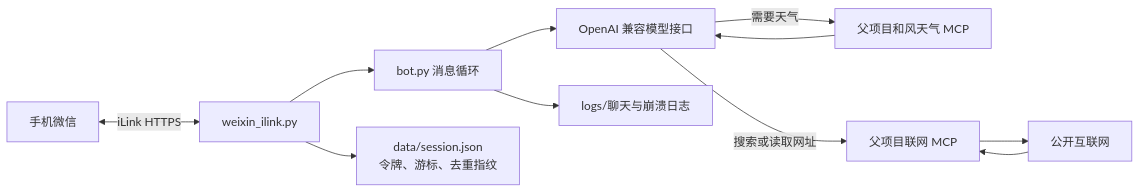
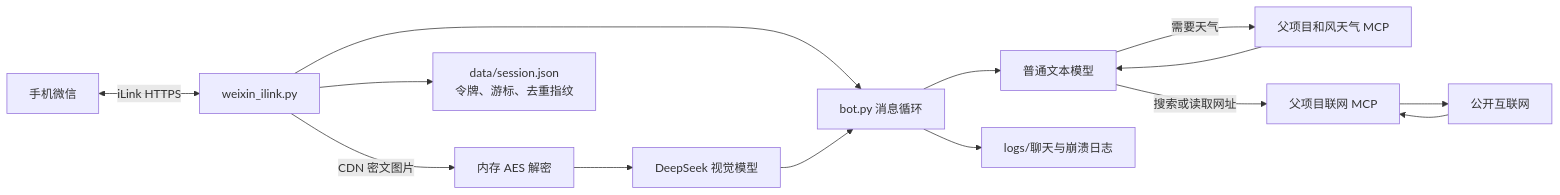
The diagram in ilink_catgirl/独立机器人轻量客户端技术文档.md (inmostfly/wechat_astrbot), drawn with Mermaid before and after one commit. The commit also changed other lines of this file and 2 other files, not shown here.

Commit message:
补充微信识图流程与部署说明

````diff
--- a/ilink_catgirl/独立机器人轻量客户端技术文档.md
+++ b/ilink_catgirl/独立机器人轻量客户端技术文档.md
@@ -36,13 +36,16 @@
 ```mermaid
 flowchart LR
     WX["手机微信"] <-->|"iLink HTTPS"| CH["weixin_ilink.py"]
     CH --> LOOP["bot.py 消息循环"]
-    LOOP --> AI["OpenAI 兼容模型接口"]
+    LOOP --> AI["普通文本模型"]
+    CH -->|"CDN 密文图片"| DEC["内存 AES 解密"]
+    DEC --> VISION["DeepSeek 视觉模型"]
+    VISION --> LOOP
     AI -->|"需要天气"| MCP["父项目和风天气 MCP"]
     MCP --> AI
     AI -->|"搜索或读取网址"| WEB["父项目联网 MCP"]
     WEB --> Internet["公开互联网"]
     Internet --> WEB
     LOOP --> LOG["logs/聊天与崩溃日志"]
     CH --> STATE["data/session.json\n令牌、游标、去重指纹"]
 ```
````
